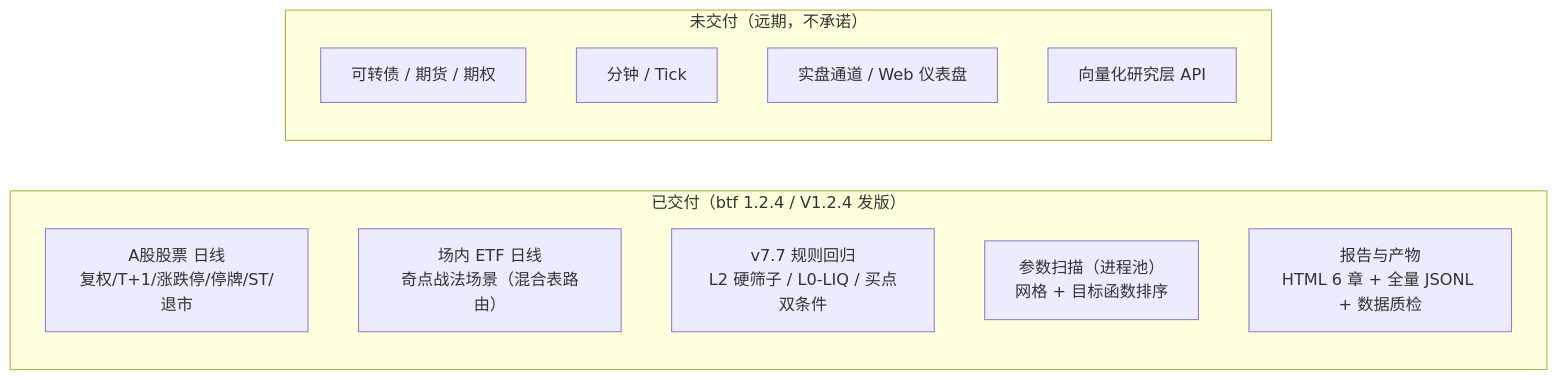
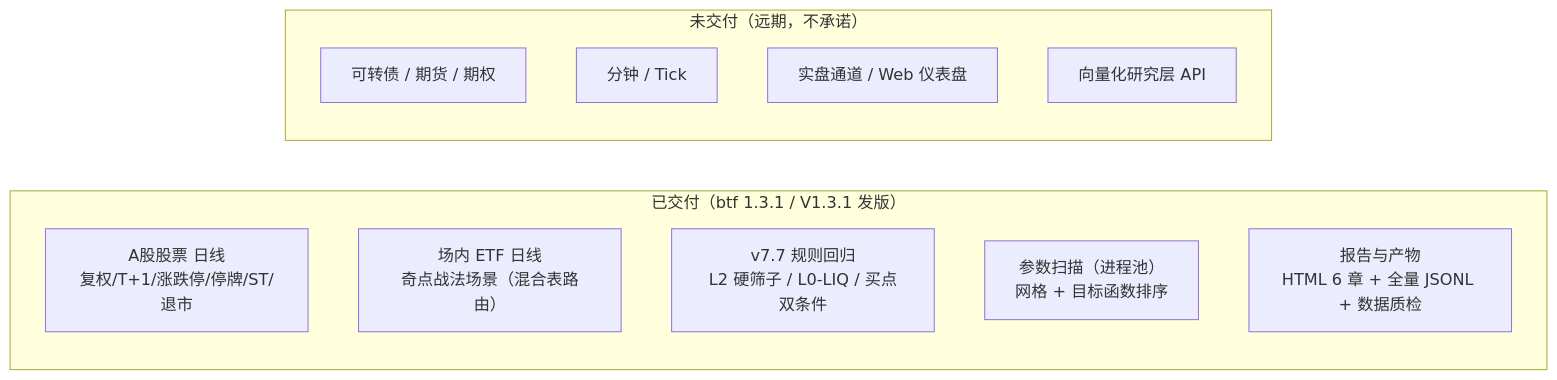
One commit to 1716250001/quant-strategy-infrastructure changed the diagram in 代码架构/回测工具架构/01-总览与定位.md. Above: the diagram before and after it, drawn with Mermaid. The commit also changed other lines of this file and 22 other files, not shown here.

````diff
--- a/代码架构/回测工具架构/01-总览与定位.md
+++ b/代码架构/回测工具架构/01-总览与定位.md
@@ -125,16 +125,16 @@
 ```mermaid
 flowchart LR
-    subgraph 已交付["已交付（btf 1.2.4 / V1.2.4 发版）"]
+    subgraph 已交付["已交付（btf 1.3.1 / V1.3.1 发版）"]
         A1["A股股票 日线<br/>复权/T+1/涨跌停/停牌/ST/退市"]
         A2["场内 ETF 日线<br/>奇点战法场景（混合表路由）"]
         A3["v7.7 规则回归<br/>L2 硬筛子 / L0-LIQ / 买点双条件"]
         A4["参数扫描（进程池）<br/>网格 + 目标函数排序"]
         A5["报告与产物<br/>HTML 6 章 + 全量 JSONL + 数据质检"]
     end
     subgraph 未交付["未交付（远期，不承诺）"]
         B1["可转债 / 期货 / 期权"]
         B2["分钟 / Tick"]
         B3["实盘通道 / Web 仪表盘"]
         B4["向量化研究层 API"]
     end
 ```
````
